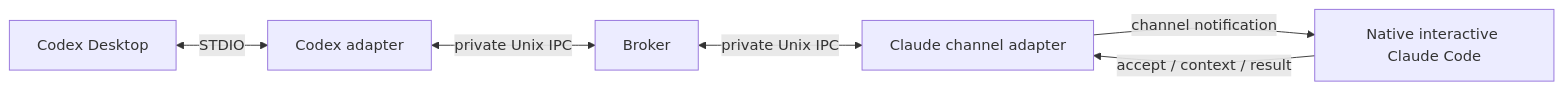
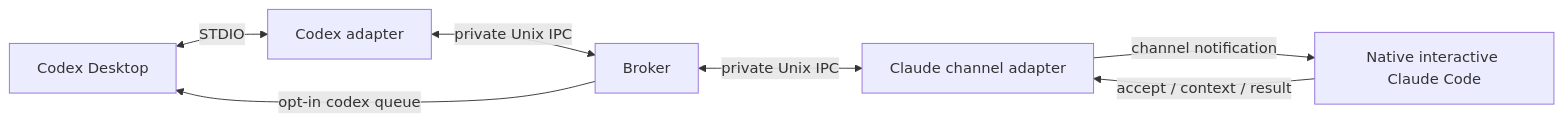
Before and after one commit to avhrst/codex2claude: the diagram in docs/architecture.md, drawn with Mermaid. The commit also changed other lines of this file and 14 other files, not shown here.

````diff
--- a/docs/architecture.md
+++ b/docs/architecture.md
@@ -5,8 +5,9 @@
 ```mermaid
 flowchart LR
   Codex[Codex Desktop] <-->|STDIO| CA[Codex adapter]
   CA <-->|private Unix IPC| Broker
   Broker <-->|private Unix IPC| CH[Claude channel adapter]
   CH -->|channel notification| Claude[Native interactive Claude Code]
   Claude -->|accept / context / result| CH
+  Broker -->|opt-in codex queue| Codex
 ```
````
